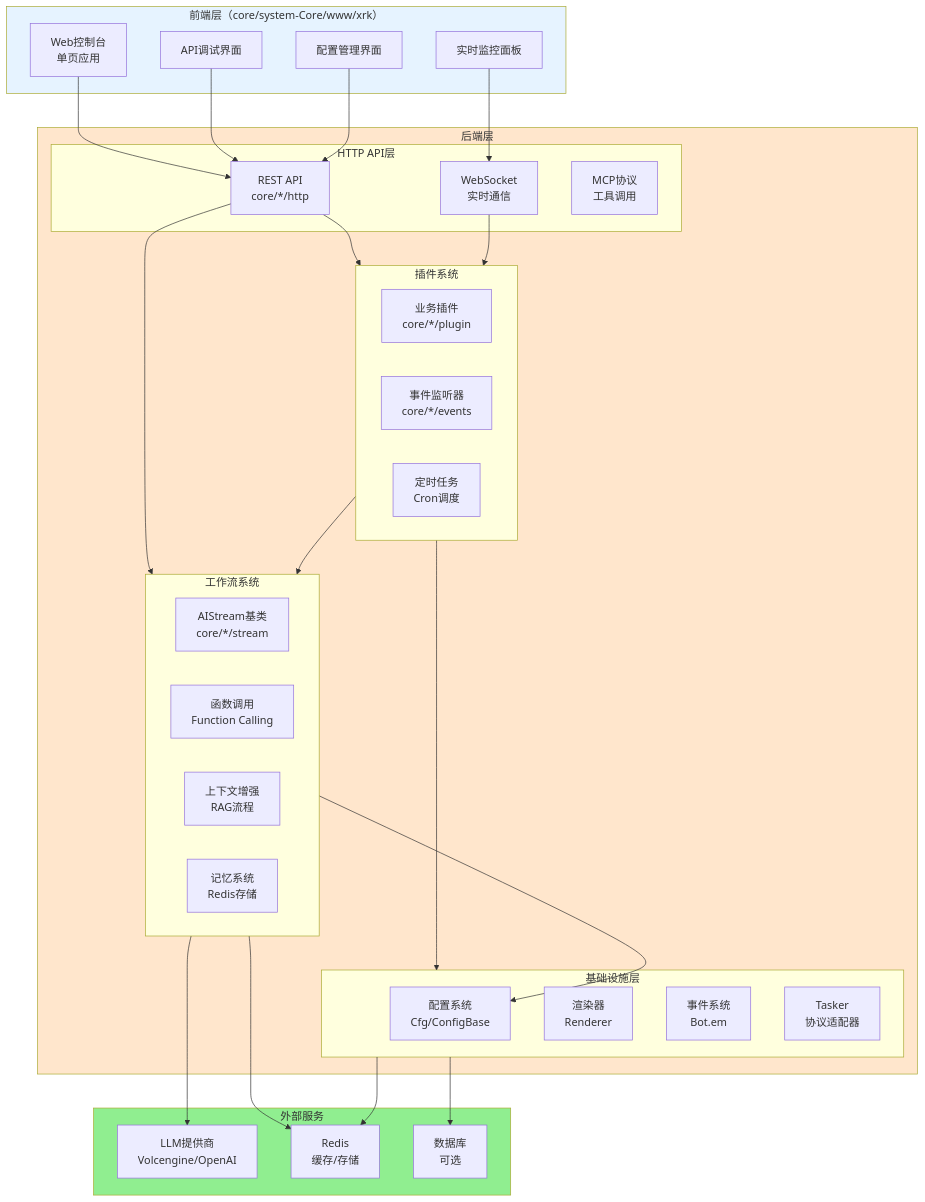
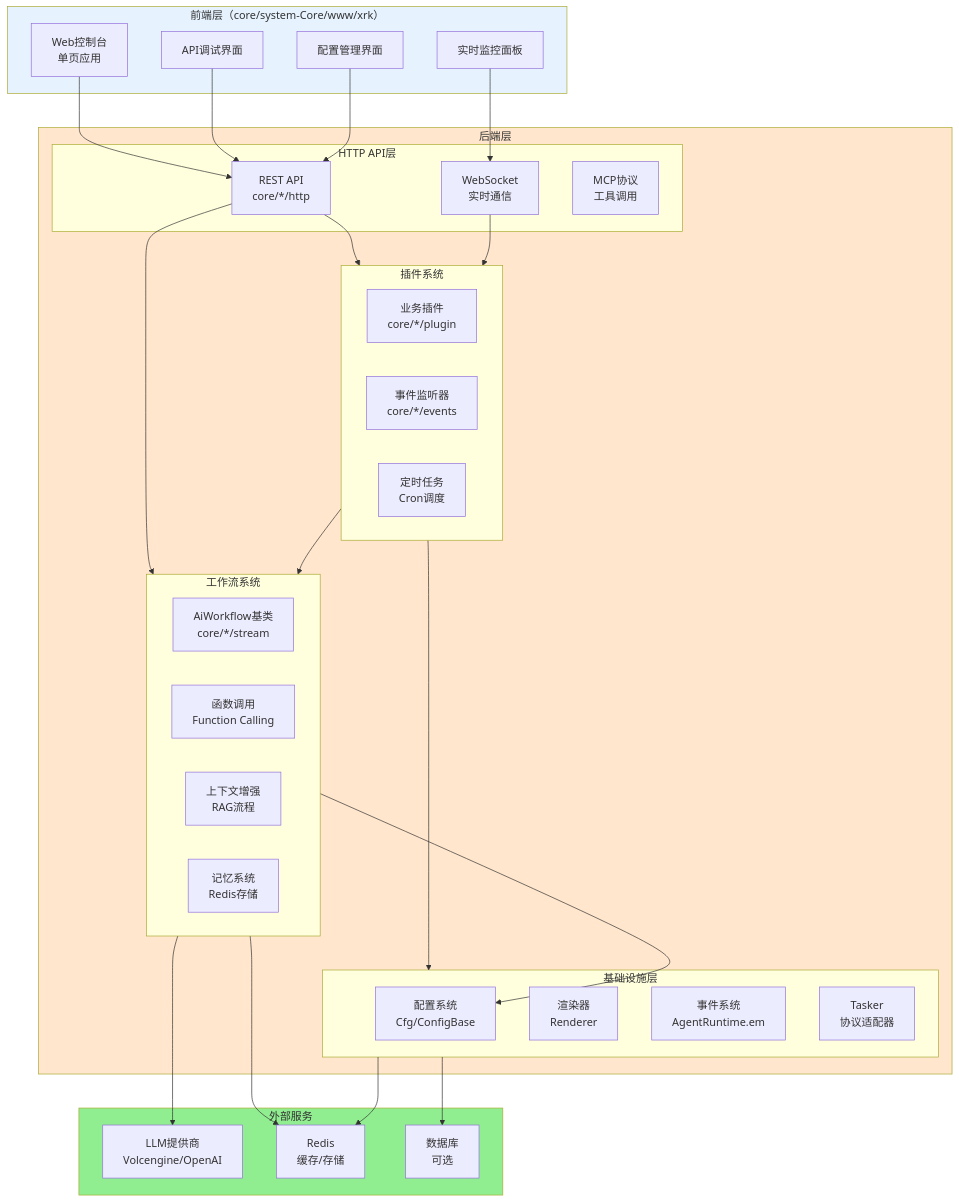
One commit to sunflowermm/XRK-AGT changed the seventh of 8 diagrams in docs/app-dev.md. Above: the diagram before and after it, drawn with Mermaid. The commit also changed other lines of this file and 315 other files, not shown here.

````diff
--- a/docs/app-dev.md
+++ b/docs/app-dev.md
@@ -413,66 +413,66 @@
 ```mermaid
 flowchart TB
     subgraph Frontend["前端层（core/system-Core/www/xrk）"]
         FE1[Web控制台<br/>单页应用]
         FE2[API调试界面]
         FE3[配置管理界面]
         FE4[实时监控面板]
     end
     
     subgraph Backend["后端层"]
         subgraph API["HTTP API层"]
             API1[REST API<br/>core/*/http]
             API2[WebSocket<br/>实时通信]
             API3[MCP协议<br/>工具调用]
         end
         
         subgraph Plugin["插件系统"]
             P1[业务插件<br/>core/*/plugin]
             P2[事件监听器<br/>core/*/events]
             P3[定时任务<br/>Cron调度]
         end
         
         subgraph Workflow["工作流系统"]
-            W1[AIStream基类<br/>core/*/stream]
+            W1[AiWorkflow基类<br/>core/*/stream]
             W2[函数调用<br/>Function Calling]
             W3[上下文增强<br/>RAG流程]
             W4[记忆系统<br/>Redis存储]
         end
         
         subgraph Infrastructure["基础设施层"]
             I1[配置系统<br/>Cfg/ConfigBase]
             I2[渲染器<br/>Renderer]
-            I3[事件系统<br/>Bot.em]
+            I3[事件系统<br/>AgentRuntime.em]
             I4[Tasker<br/>协议适配器]
         end
     end
     
     subgraph External["外部服务"]
         E1[LLM提供商<br/>Volcengine/OpenAI]
         E2[Redis<br/>缓存/存储]
         E3[数据库<br/>可选]
     end
     
     FE1 --> API1
     FE2 --> API1
     FE3 --> API1
     FE4 --> API2
     
     API1 --> Plugin
     API1 --> Workflow
     API2 --> Plugin
     
     Plugin --> Workflow
     Plugin --> Infrastructure
     
     Workflow --> I1
     Workflow --> E1
     Workflow --> E2
     
     Infrastructure --> E2
     Infrastructure --> E3
     
     style Frontend fill:#E6F3FF
     style Backend fill:#FFE6CC
     style External fill:#90EE90
 ```
````
